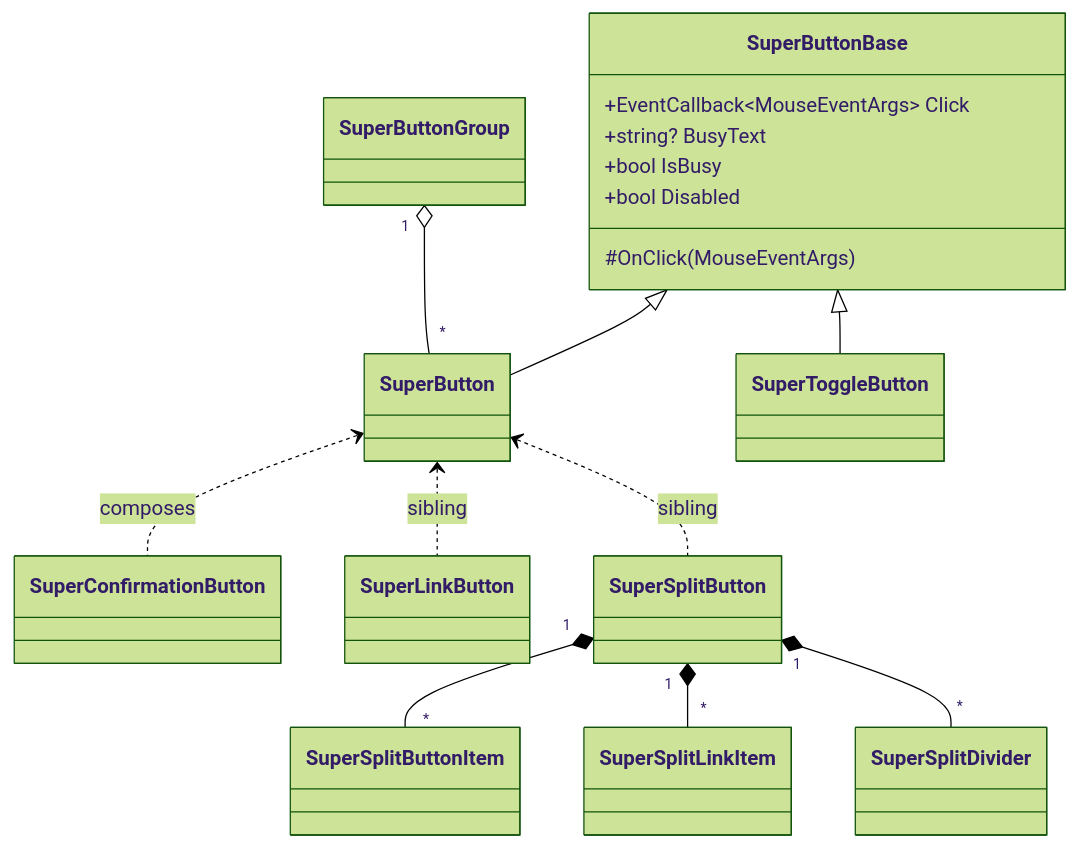
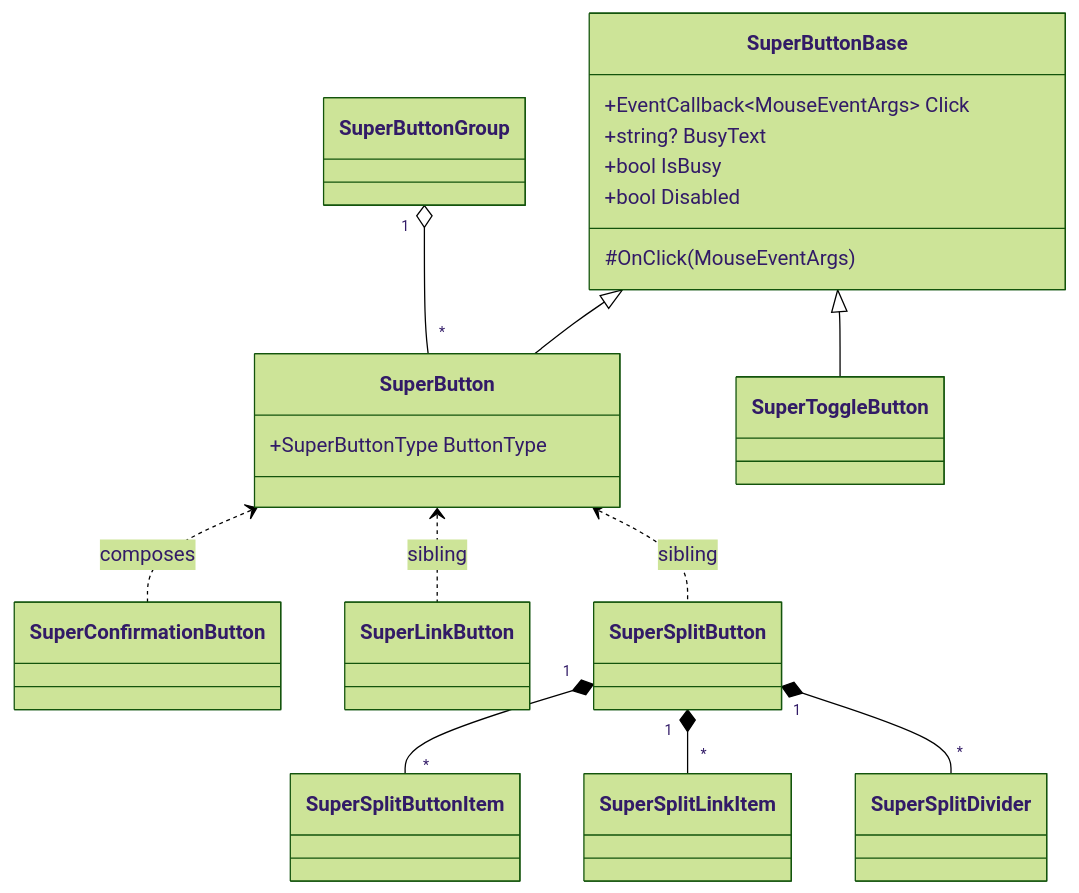
Before and after one commit to appliman/superblazorcomponents: the first of 2 diagrams in SUPERBUTTONS.md, drawn with Mermaid (forest theme). The commit also changed other lines of this file and 4 other files, not shown here.

Commit message:
Add submit type support to SuperButton

````diff
--- a/SUPERBUTTONS.md
+++ b/SUPERBUTTONS.md
@@ -79,19 +80,22 @@
 ```mermaid
 classDiagram
     class SuperButtonBase {
         +EventCallback~MouseEventArgs~ Click
         +string? BusyText
         +bool IsBusy
         +bool Disabled
         #OnClick(MouseEventArgs)
+    }
+    class SuperButton {
+        +SuperButtonType ButtonType
     }
     SuperButtonBase <|-- SuperButton
     SuperButtonBase <|-- SuperToggleButton
     SuperButton <.. SuperConfirmationButton : composes
     SuperButton <.. SuperLinkButton : sibling
     SuperButton <.. SuperSplitButton : sibling
     SuperSplitButton "1" *-- "*" SuperSplitButtonItem
     SuperSplitButton "1" *-- "*" SuperSplitLinkItem
     SuperSplitButton "1" *-- "*" SuperSplitDivider
     SuperButtonGroup "1" o-- "*" SuperButton
 ```
````
